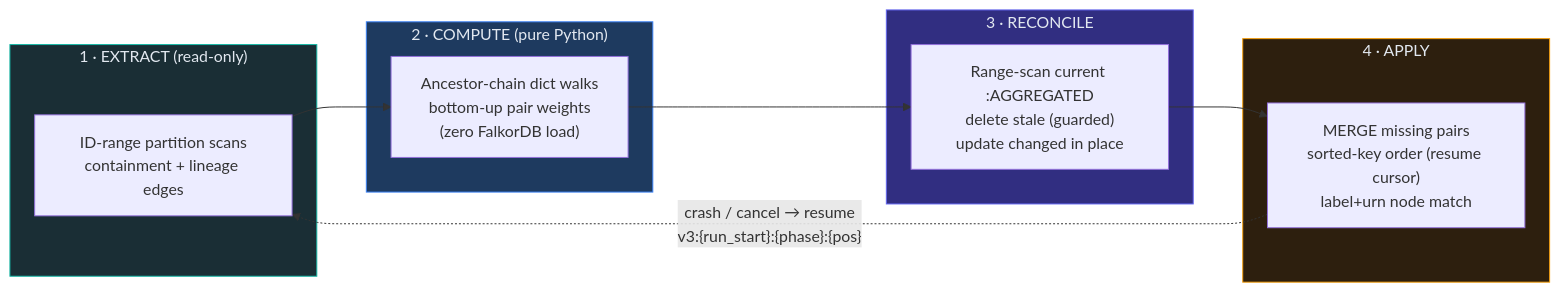
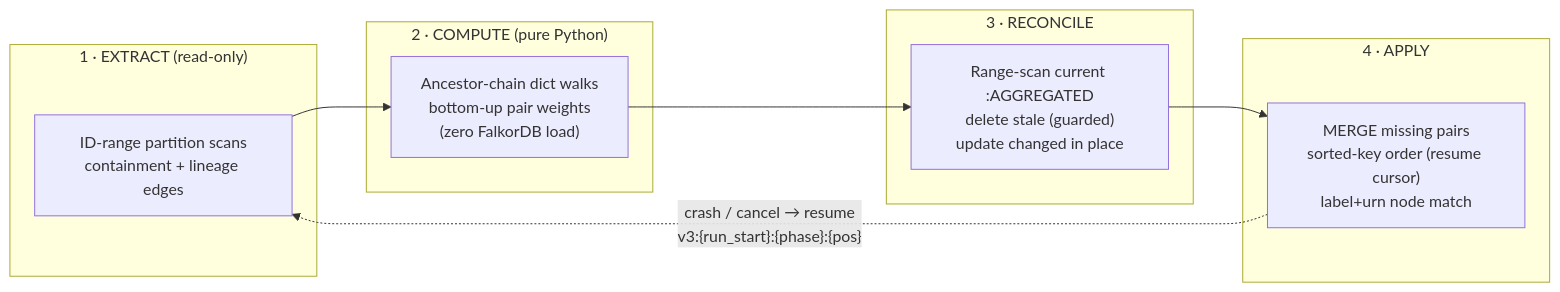
One commit to rkrumins/dataviz changed the diagram in docs/AGGREGATION_PIPELINE.md. Above: the diagram before and after it, drawn with Mermaid. The commit also changed 46 other files, not shown here.

````diff
--- a/docs/AGGREGATION_PIPELINE.md
+++ b/docs/AGGREGATION_PIPELINE.md
@@ -18,23 +18,19 @@
 ```mermaid
 graph LR
     subgraph Extract["1 · EXTRACT (read-only)"]
         E["ID-range partition scans<br/>containment + lineage edges"]
     end
     subgraph Compute["2 · COMPUTE (pure Python)"]
         C["Ancestor-chain dict walks<br/>bottom-up pair weights<br/>(zero FalkorDB load)"]
     end
     subgraph Reconcile["3 · RECONCILE"]
         R["Range-scan current :AGGREGATED<br/>delete stale (guarded)<br/>update changed in place"]
     end
     subgraph Apply["4 · APPLY"]
         A["MERGE missing pairs<br/>sorted-key order (resume cursor)<br/>label+urn node match"]
     end
 
     E --> C --> R --> A
     A -.->|"crash / cancel → resume<br/>v3:{run_start}:{phase}:{pos}"| E
 
-    style Extract fill:#1a2e35,stroke:#14b8a6,color:#e2e8f0
-    style Compute fill:#1e3a5f,stroke:#3b82f6,color:#e2e8f0
-    style Reconcile fill:#312e81,stroke:#6366f1,color:#e2e8f0
-    style Apply fill:#2d1f0e,stroke:#f59e0b,color:#e2e8f0
 ```
````
